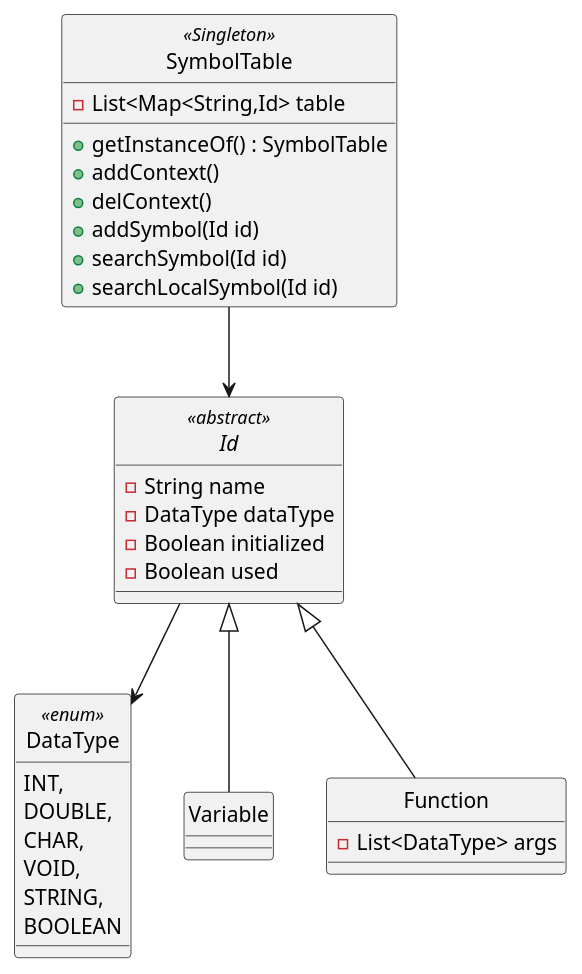
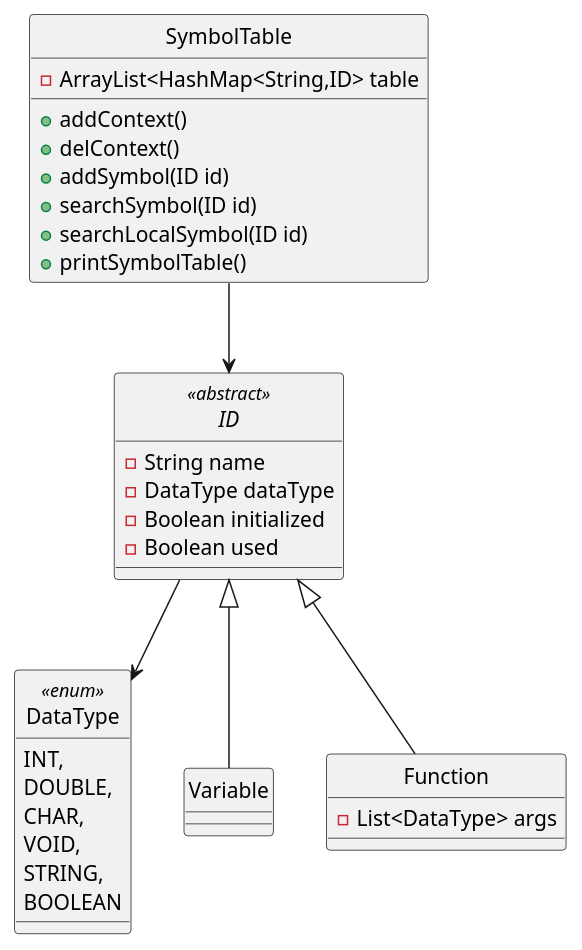
Before and after one commit to manugcr/Compiladores: the diagram in proyectobase/UML/symbolTable.puml, drawn with PlantUML. The commit also changed 16 other files, not shown here.

Commit message:
added symbol table

```diff
--- a/proyectobase/UML/symbolTable.puml
+++ b/proyectobase/UML/symbolTable.puml
@@ -1,42 +1,42 @@
 @startuml SymbolTable
 
 hide circle
 
-class SymbolTable <<Singleton>> {
-    - List<Map<String,Id> table 
-    + getInstanceOf() : SymbolTable
+class SymbolTable {
+    - ArrayList<HashMap<String,ID> table 
     + addContext()
     + delContext()
-    + addSymbol(Id id)
-    + searchSymbol(Id id)
-    + searchLocalSymbol(Id id)
+    + addSymbol(ID id)
+    + searchSymbol(ID id)
+    + searchLocalSymbol(ID id)
+    + printSymbolTable()
 }
 
 enum DataType <<enum>> {
     INT,
     DOUBLE,
     CHAR,
     VOID, 
     STRING,
     BOOLEAN
 }
 
-abstract class Id <<abstract>> {
+abstract class ID <<abstract>> {
     - String name
     - DataType dataType
     - Boolean initialized
     - Boolean used
 }
 
 class Variable {}
 
 class Function {
     - List<DataType> args
 }
 
-SymbolTable --> Id
+SymbolTable --> ID
 
-Id <|-- Variable
-Id <|-- Function
-Id --> DataType
+ID <|-- Variable
+ID <|-- Function
+ID --> DataType
 @enduml
```
